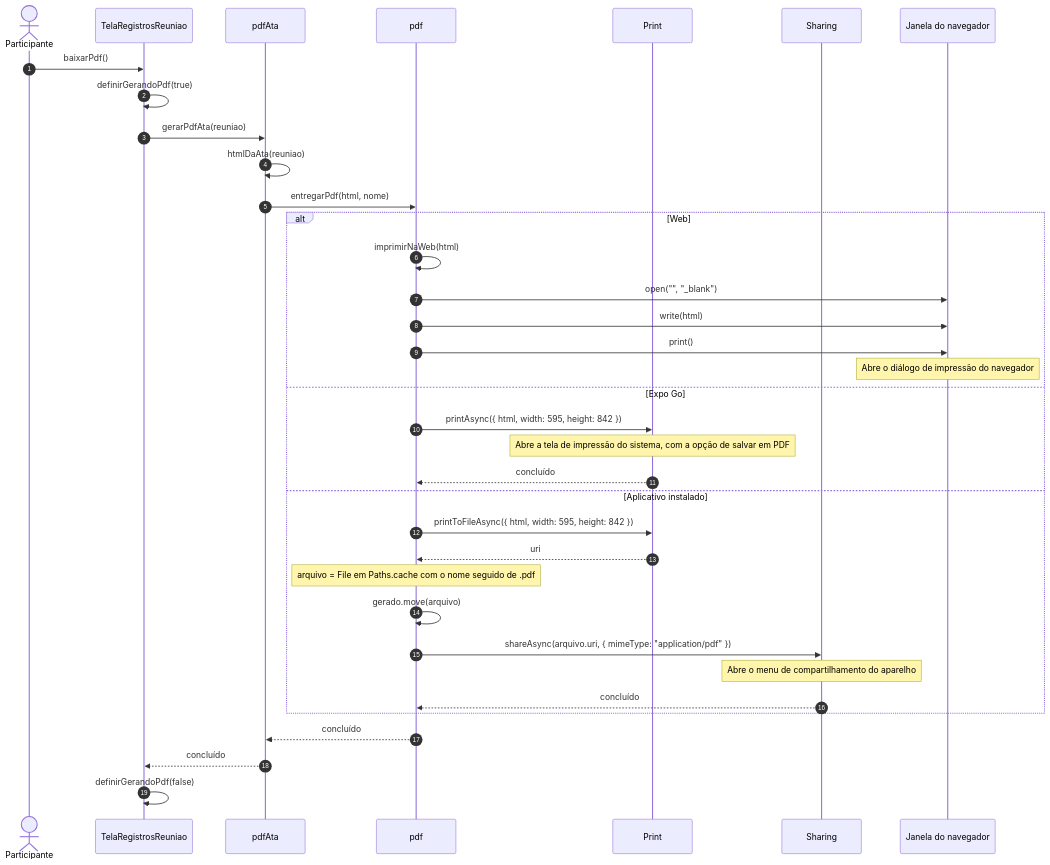
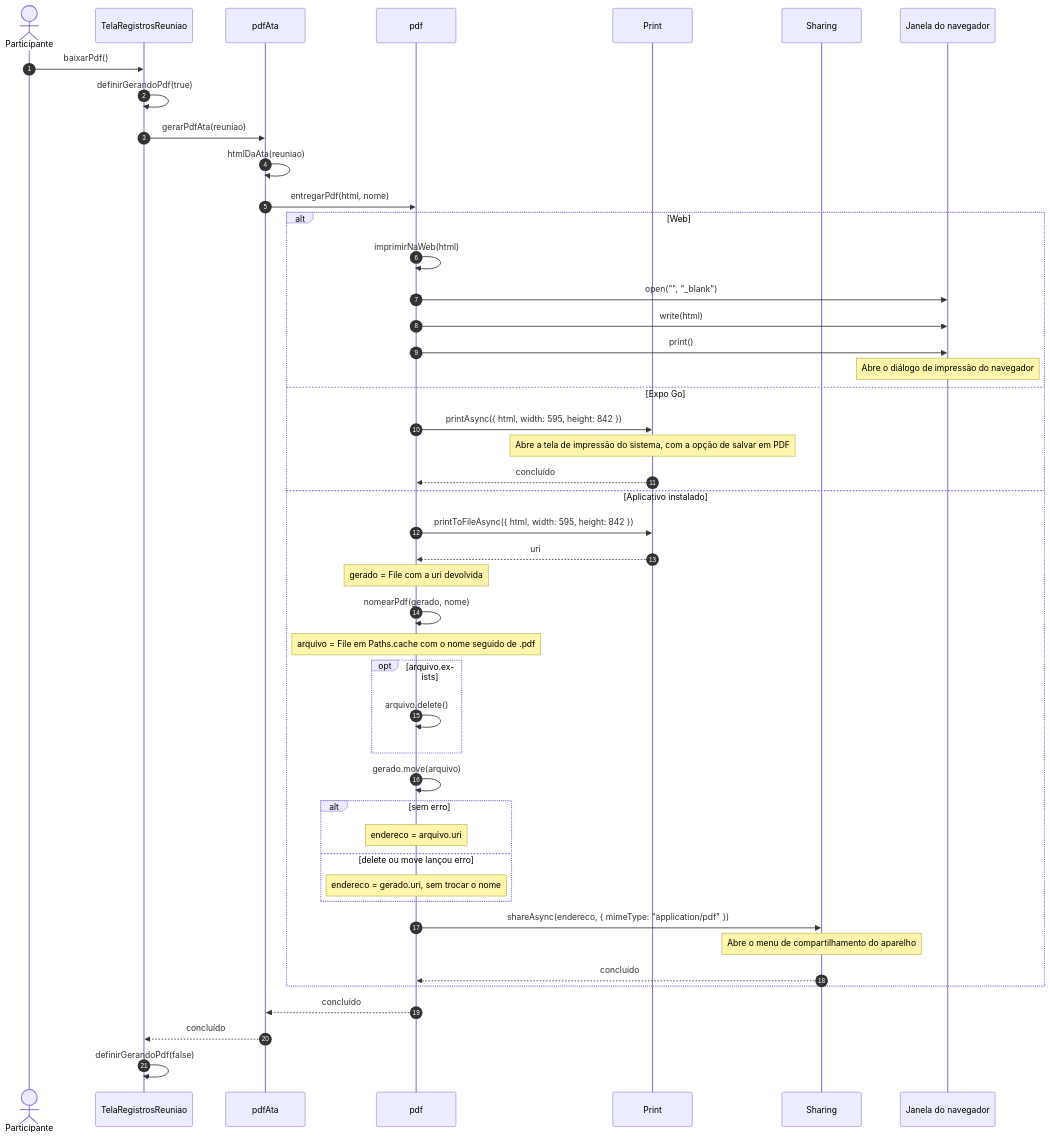
Before and after one commit to Conecta-IFSP/DOCUMENTATION: the ninth of 9 diagrams in 4 - Incremento3/atas/6 - diagramas-sequencia-atas.md, drawn with Mermaid. The commit also changed 5 other files, not shown here.

Commit message:
Documenta a nova entrega do PDF com o nome legível

````diff
--- a/4 - Incremento3/atas/6 - diagramas-sequencia-atas.md
+++ b/4 - Incremento3/atas/6 - diagramas-sequencia-atas.md
@@ -334,38 +334,48 @@
 ```mermaid
 sequenceDiagram
     autonumber
     actor U as Participante
     participant T as TelaRegistrosReuniao
     participant P as pdfAta
     participant D as pdf
     participant I as Print
     participant C as Sharing
     participant J as Janela do navegador
     U->>T: baixarPdf()
     T->>T: definirGerandoPdf(true)
     T->>P: gerarPdfAta(reuniao)
     P->>P: htmlDaAta(reuniao)
     P->>D: entregarPdf(html, nome)
     alt Web
         D->>D: imprimirNaWeb(html)
         D->>J: open("", "_blank")
         D->>J: write(html)
         D->>J: print()
         Note over J: Abre o diálogo de impressão do navegador
     else Expo Go
         D->>I: printAsync({ html, width: 595, height: 842 })
         Note over I: Abre a tela de impressão do sistema, com a opção de salvar em PDF
         I-->>D: concluído
     else Aplicativo instalado
         D->>I: printToFileAsync({ html, width: 595, height: 842 })
         I-->>D: uri
+        Note over D: gerado = File com a uri devolvida
+        D->>D: nomearPdf(gerado, nome)
         Note over D: arquivo = File em Paths.cache com o nome seguido de .pdf
+        opt arquivo.exists
+            D->>D: arquivo.delete()
+        end
         D->>D: gerado.move(arquivo)
-        D->>C: shareAsync(arquivo.uri, { mimeType: "application/pdf" })
+        alt sem erro
+            Note over D: endereco = arquivo.uri
+        else delete ou move lançou erro
+            Note over D: endereco = gerado.uri, sem trocar o nome
+        end
+        D->>C: shareAsync(endereco, { mimeType: "application/pdf" })
         Note over C: Abre o menu de compartilhamento do aparelho
         C-->>D: concluído
     end
     D-->>P: concluído
     P-->>T: concluído
     T->>T: definirGerandoPdf(false)
 ```
````
